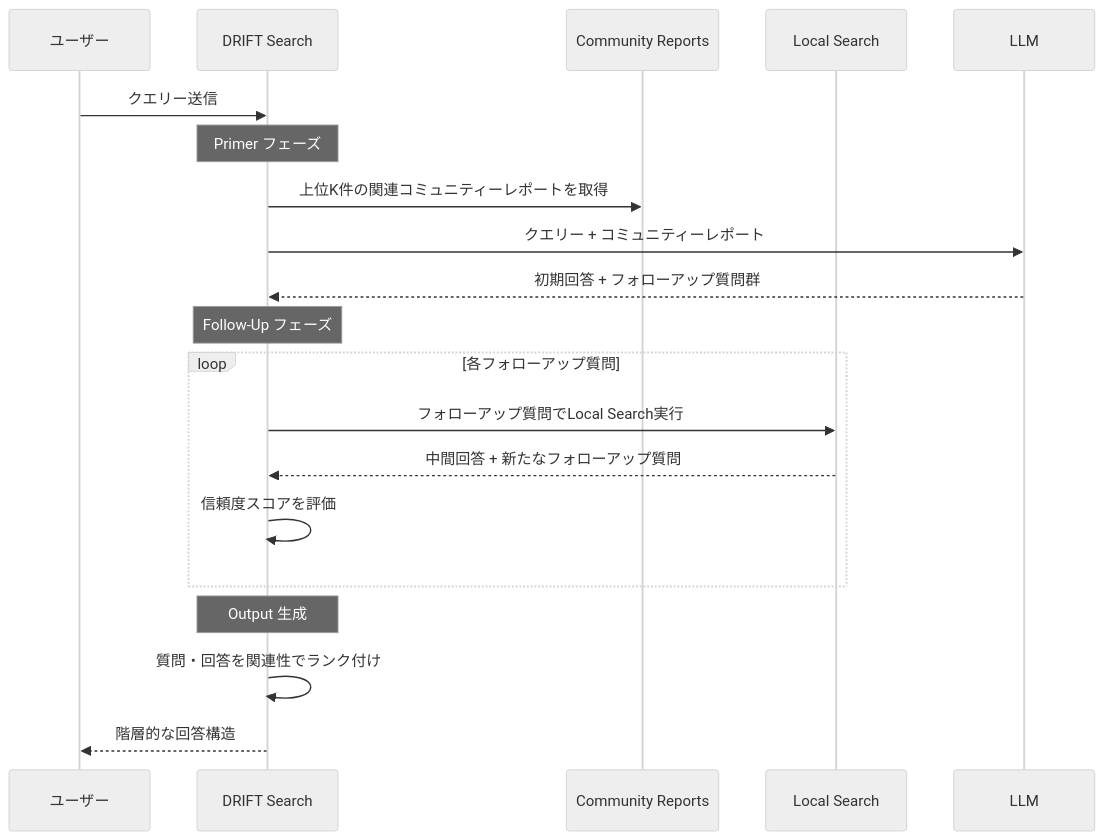
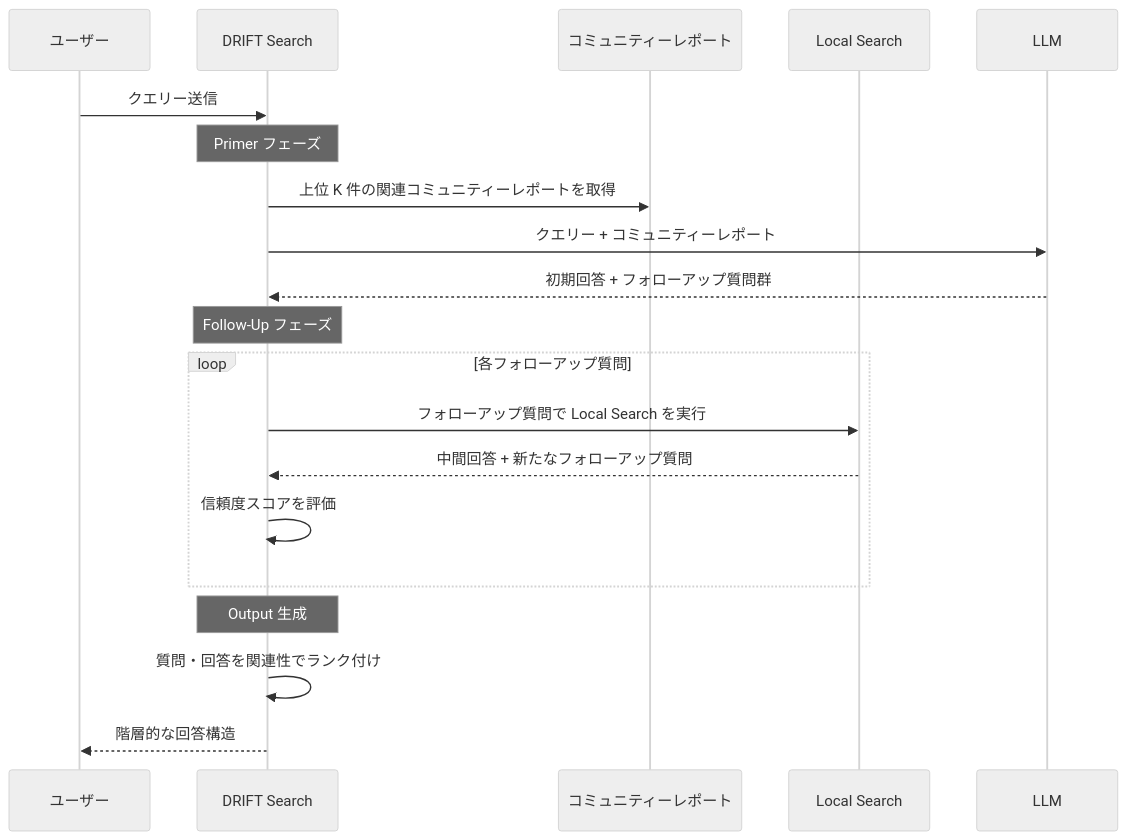
Before and after one commit to yoichiozaki/yoichiozaki.github.io: the fifth of 5 diagrams in content/blog/ja/graphrag.mdx, drawn with Mermaid (neutral theme). The commit also changed other lines of this file and 220 other files, not shown here.

````diff
--- a/content/blog/ja/graphrag.mdx
+++ b/content/blog/ja/graphrag.mdx
@@ -291,25 +291,25 @@
 ```mermaid
 sequenceDiagram
     participant U as ユーザー
     participant D as DRIFT Search
-    participant CR as Community Reports
+    participant CR as コミュニティーレポート
     participant LS as Local Search
     participant LLM as LLM
 
     U->>D: クエリー送信
     Note over D: Primer フェーズ
-    D->>CR: 上位K件の関連コミュニティーレポートを取得
+    D->>CR: 上位 K 件の関連コミュニティーレポートを取得
     D->>LLM: クエリー + コミュニティーレポート
     LLM-->>D: 初期回答 + フォローアップ質問群
 
     Note over D: Follow-Up フェーズ
     loop 各フォローアップ質問
-        D->>LS: フォローアップ質問でLocal Search実行
+        D->>LS: フォローアップ質問で Local Search を実行
         LS-->>D: 中間回答 + 新たなフォローアップ質問
         D->>D: 信頼度スコアを評価
     end
 
     Note over D: Output 生成
     D->>D: 質問・回答を関連性でランク付け
     D-->>U: 階層的な回答構造
 ```
````
